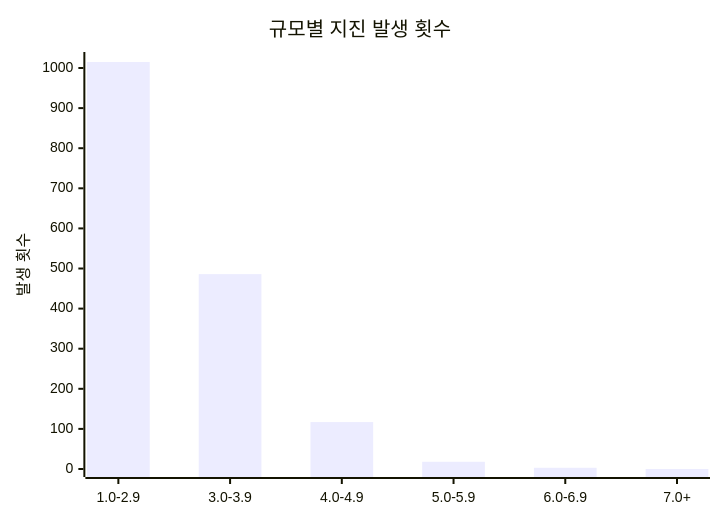
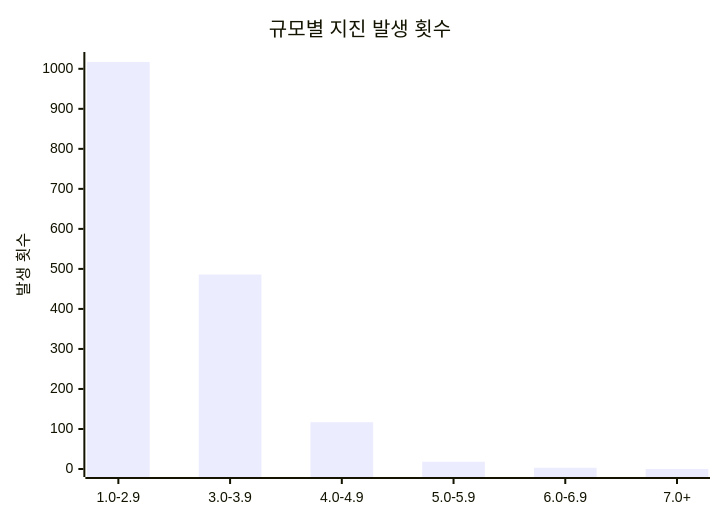
Before and after one commit to serendip811/japan-eq: the diagram in charts/magnitude-chart.md, drawn with Mermaid. The commit also changed other lines of this file and 5 other files, not shown here.

Commit message:
Update earthquake data and charts Tue Jul  8 23:04:05 UTC 2025

````diff
--- a/charts/magnitude-chart.md
+++ b/charts/magnitude-chart.md
@@ -3,7 +3,7 @@
 ```mermaid
 xychart-beta
     title "규모별 지진 발생 횟수"
     x-axis [1.0-2.9, 3.0-3.9, 4.0-4.9, 5.0-5.9, 6.0-6.9, 7.0+]
-    y-axis "발생 횟수" 0 --> 1020
-    bar [1015, 486, 117, 18, 3, 0]
+    y-axis "발생 횟수" 0 --> 1022
+    bar [1017, 486, 117, 18, 3, 0]
 ```
````
